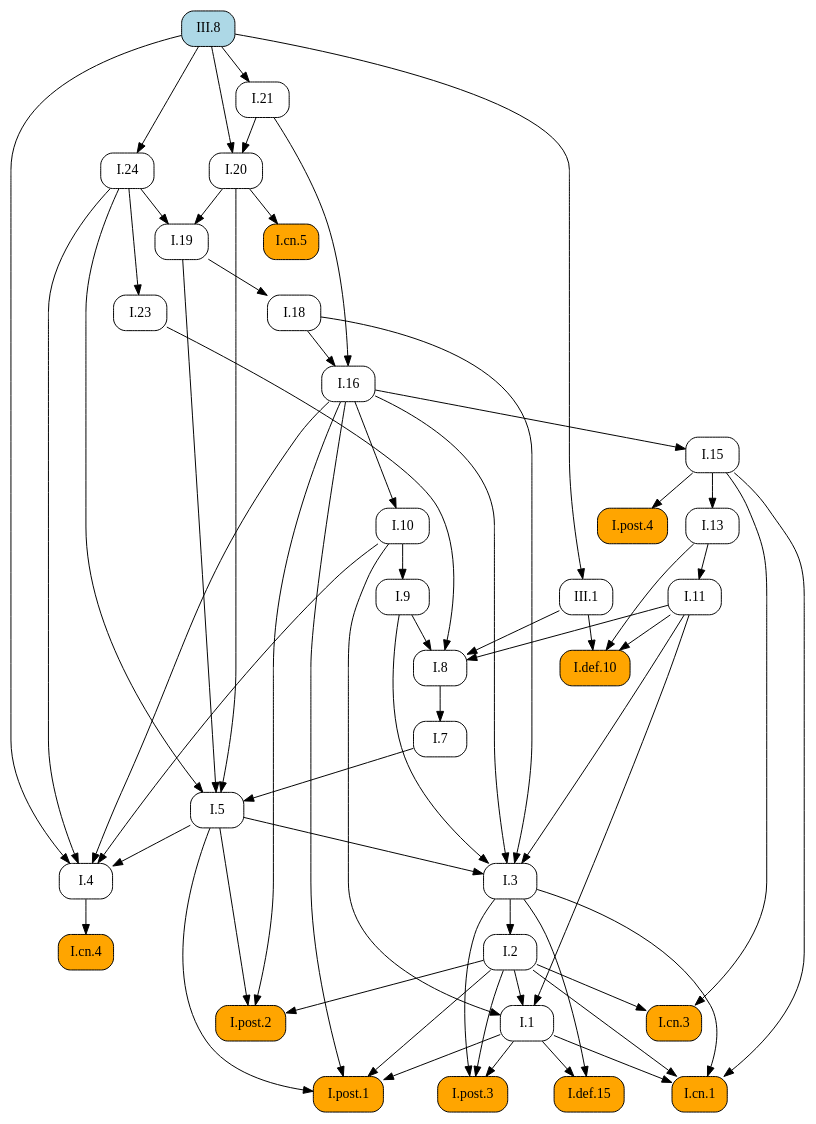
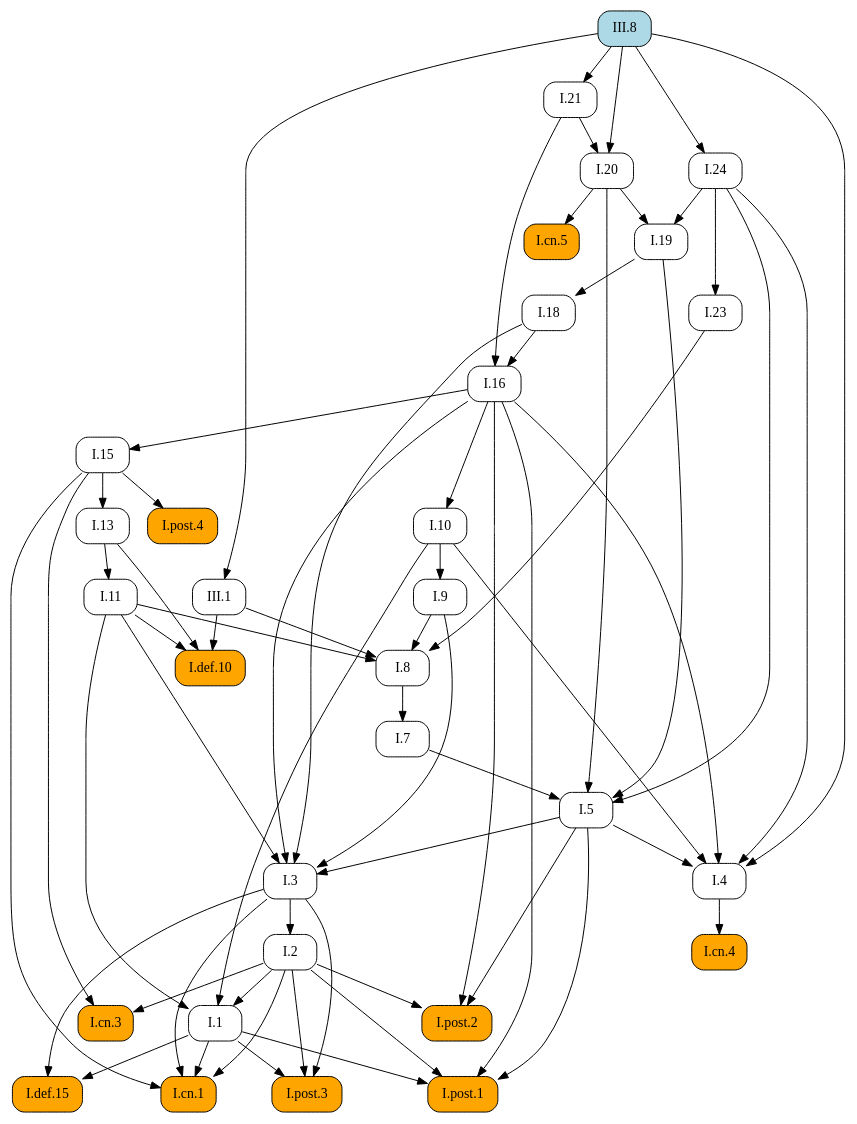
Before and after one commit to geometor/elements: the diagram in docsrc/heath/III/8/index.rst, drawn with Graphviz. The commit also changed other lines of this file and 1029 other files, not shown here.

```diff
--- a/docsrc/heath/III/8/index.rst
+++ b/docsrc/heath/III/8/index.rst
@@ -140,98 +140,98 @@
    digraph {
      rankdir="TB";
      node [shape=box, style=rounded];
-     "I.13" [URL="/heath/I/13/", target="_top"];
-     "I.cn.3" [style="rounded,filled", fillcolor=orange, URL="/heath/I/cn.3/", target="_top"];
-     "I.5" [URL="/heath/I/5/", target="_top"];
+     "I.def.10" [style="rounded,filled", fillcolor=orange, URL="/heath/I/def.10/", target="_top"];
+     "I.cn.5" [style="rounded,filled", fillcolor=orange, URL="/heath/I/cn.5/", target="_top"];
+     "I.post.4" [style="rounded,filled", fillcolor=orange, URL="/heath/I/post.4/", target="_top"];
+     "I.1" [URL="/heath/I/1/", target="_top"];
      "I.11" [URL="/heath/I/11/", target="_top"];
      "I.7" [URL="/heath/I/7/", target="_top"];
-     "I.10" [URL="/heath/I/10/", target="_top"];
-     "I.4" [URL="/heath/I/4/", target="_top"];
-     "III.8" [style="rounded,filled", fillcolor=lightblue, URL="/heath/III/8/", target="_top"];
-     "I.3" [URL="/heath/I/3/", target="_top"];
-     "I.16" [URL="/heath/I/16/", target="_top"];
-     "I.8" [URL="/heath/I/8/", target="_top"];
-     "I.9" [URL="/heath/I/9/", target="_top"];
-     "I.def.10" [style="rounded,filled", fillcolor=orange, URL="/heath/I/def.10/", target="_top"];
-     "III.1" [URL="/heath/III/1/", target="_top"];
-     "I.post.4" [style="rounded,filled", fillcolor=orange, URL="/heath/I/post.4/", target="_top"];
-     "I.post.2" [style="rounded,filled", fillcolor=orange, URL="/heath/I/post.2/", target="_top"];
-     "I.2" [URL="/heath/I/2/", target="_top"];
-     "I.def.15" [style="rounded,filled", fillcolor=orange, URL="/heath/I/def.15/", target="_top"];
-     "I.1" [URL="/heath/I/1/", target="_top"];
-     "I.post.3" [style="rounded,filled", fillcolor=orange, URL="/heath/I/post.3/", target="_top"];
-     "I.post.1" [style="rounded,filled", fillcolor=orange, URL="/heath/I/post.1/", target="_top"];
-     "I.cn.5" [style="rounded,filled", fillcolor=orange, URL="/heath/I/cn.5/", target="_top"];
      "I.20" [URL="/heath/I/20/", target="_top"];
      "I.24" [URL="/heath/I/24/", target="_top"];
+     "I.3" [URL="/heath/I/3/", target="_top"];
+     "I.2" [URL="/heath/I/2/", target="_top"];
+     "I.4" [URL="/heath/I/4/", target="_top"];
+     "I.13" [URL="/heath/I/13/", target="_top"];
+     "I.21" [URL="/heath/I/21/", target="_top"];
+     "III.8" [style="rounded,filled", fillcolor=lightblue, URL="/heath/III/8/", target="_top"];
+     "I.post.2" [style="rounded,filled", fillcolor=orange, URL="/heath/I/post.2/", target="_top"];
+     "I.18" [URL="/heath/I/18/", target="_top"];
+     "I.16" [URL="/heath/I/16/", target="_top"];
+     "I.def.15" [style="rounded,filled", fillcolor=orange, URL="/heath/I/def.15/", target="_top"];
+     "I.19" [URL="/heath/I/19/", target="_top"];
+     "I.post.3" [style="rounded,filled", fillcolor=orange, URL="/heath/I/post.3/", target="_top"];
+     "I.9" [URL="/heath/I/9/", target="_top"];
+     "I.cn.1" [style="rounded,filled", fillcolor=orange, URL="/heath/I/cn.1/", target="_top"];
+     "I.cn.3" [style="rounded,filled", fillcolor=orange, URL="/heath/I/cn.3/", target="_top"];
+     "III.1" [URL="/heath/III/1/", target="_top"];
+     "I.8" [URL="/heath/I/8/", target="_top"];
      "I.cn.4" [style="rounded,filled", fillcolor=orange, URL="/heath/I/cn.4/", target="_top"];
-     "I.cn.1" [style="rounded,filled", fillcolor=orange, URL="/heath/I/cn.1/", target="_top"];
+     "I.23" [URL="/heath/I/23/", target="_top"];
      "I.15" [URL="/heath/I/15/", target="_top"];
-     "I.19" [URL="/heath/I/19/", target="_top"];
-     "I.21" [URL="/heath/I/21/", target="_top"];
-     "I.18" [URL="/heath/I/18/", target="_top"];
-     "I.23" [URL="/heath/I/23/", target="_top"];
-     "I.15" -> "I.13";
-     "I.2" -> "I.cn.3";
-     "I.15" -> "I.cn.3";
-     "I.7" -> "I.5";
-     "I.19" -> "I.5";
-     "I.20" -> "I.5";
-     "I.24" -> "I.5";
+     "I.post.1" [style="rounded,filled", fillcolor=orange, URL="/heath/I/post.1/", target="_top"];
+     "I.10" [URL="/heath/I/10/", target="_top"];
+     "I.5" [URL="/heath/I/5/", target="_top"];
+     "I.11" -> "I.def.10";
+     "I.13" -> "I.def.10";
+     "III.1" -> "I.def.10";
+     "I.20" -> "I.cn.5";
+     "I.15" -> "I.post.4";
+     "I.2" -> "I.1";
+     "I.10" -> "I.1";
+     "I.11" -> "I.1";
      "I.13" -> "I.11";
      "I.8" -> "I.7";
-     "I.16" -> "I.10";
+     "I.21" -> "I.20";
+     "III.8" -> "I.20";
+     "III.8" -> "I.24";
+     "I.5" -> "I.3";
+     "I.9" -> "I.3";
+     "I.11" -> "I.3";
+     "I.16" -> "I.3";
+     "I.18" -> "I.3";
+     "I.3" -> "I.2";
      "I.5" -> "I.4";
      "I.10" -> "I.4";
      "I.16" -> "I.4";
      "I.24" -> "I.4";
      "III.8" -> "I.4";
-     "I.5" -> "I.3";
-     "I.9" -> "I.3";
-     "I.11" -> "I.3";
-     "I.16" -> "I.3";
-     "I.18" -> "I.3";
+     "I.15" -> "I.13";
+     "III.8" -> "I.21";
+     "I.2" -> "I.post.2";
+     "I.5" -> "I.post.2";
+     "I.16" -> "I.post.2";
+     "I.19" -> "I.18";
      "I.18" -> "I.16";
      "I.21" -> "I.16";
+     "I.1" -> "I.def.15";
+     "I.3" -> "I.def.15";
+     "I.20" -> "I.19";
+     "I.24" -> "I.19";
+     "I.1" -> "I.post.3";
+     "I.2" -> "I.post.3";
+     "I.3" -> "I.post.3";
+     "I.10" -> "I.9";
+     "I.1" -> "I.cn.1";
+     "I.2" -> "I.cn.1";
+     "I.3" -> "I.cn.1";
+     "I.15" -> "I.cn.1";
+     "I.2" -> "I.cn.3";
+     "I.15" -> "I.cn.3";
+     "III.8" -> "III.1";
      "I.9" -> "I.8";
      "I.11" -> "I.8";
      "I.23" -> "I.8";
      "III.1" -> "I.8";
-     "I.10" -> "I.9";
-     "I.11" -> "I.def.10";
-     "I.13" -> "I.def.10";
-     "III.1" -> "I.def.10";
-     "III.8" -> "III.1";
-     "I.15" -> "I.post.4";
-     "I.2" -> "I.post.2";
-     "I.5" -> "I.post.2";
-     "I.16" -> "I.post.2";
-     "I.3" -> "I.2";
-     "I.1" -> "I.def.15";
-     "I.3" -> "I.def.15";
-     "I.2" -> "I.1";
-     "I.10" -> "I.1";
-     "I.11" -> "I.1";
-     "I.1" -> "I.post.3";
-     "I.2" -> "I.post.3";
-     "I.3" -> "I.post.3";
+     "I.4" -> "I.cn.4";
+     "I.24" -> "I.23";
+     "I.16" -> "I.15";
      "I.1" -> "I.post.1";
      "I.2" -> "I.post.1";
      "I.5" -> "I.post.1";
      "I.16" -> "I.post.1";
-     "I.20" -> "I.cn.5";
-     "I.21" -> "I.20";
-     "III.8" -> "I.20";
-     "III.8" -> "I.24";
-     "I.4" -> "I.cn.4";
-     "I.1" -> "I.cn.1";
-     "I.2" -> "I.cn.1";
-     "I.3" -> "I.cn.1";
-     "I.15" -> "I.cn.1";
-     "I.16" -> "I.15";
-     "I.20" -> "I.19";
-     "I.24" -> "I.19";
-     "III.8" -> "I.21";
-     "I.19" -> "I.18";
-     "I.24" -> "I.23";
+     "I.16" -> "I.10";
+     "I.7" -> "I.5";
+     "I.19" -> "I.5";
+     "I.20" -> "I.5";
+     "I.24" -> "I.5";
    }
```
